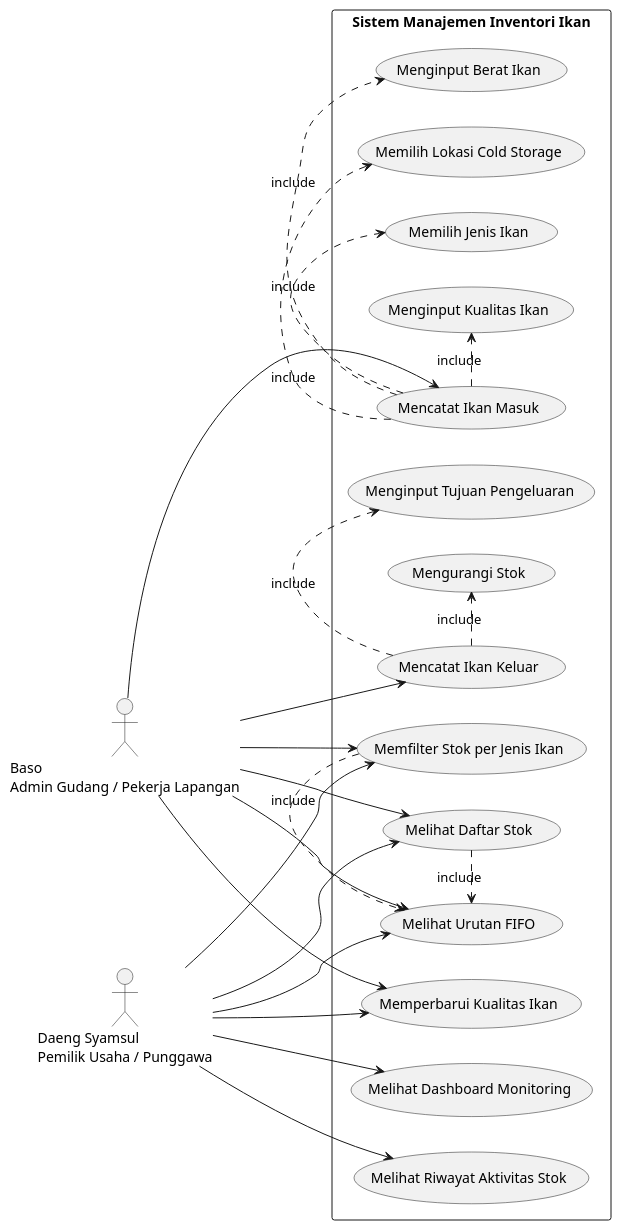
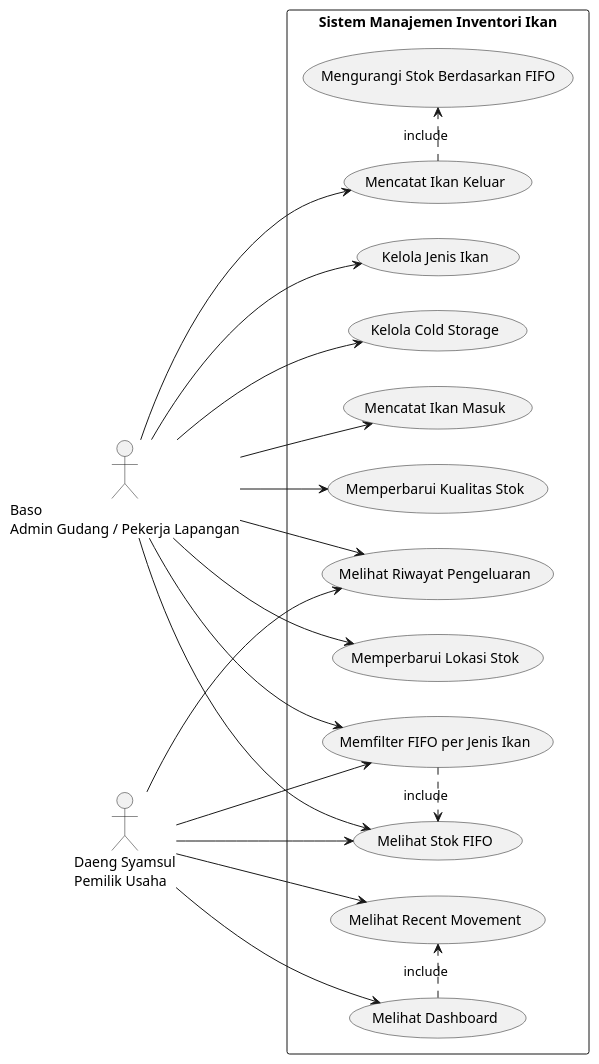
Before and after one commit to pisondev/ikant-setop-us: the third of 5 diagrams in docs/diagram/diagram.md, drawn with PlantUML. The commit also changed other lines of this file and 3 other files, not shown here.

````diff
--- a/docs/diagram/diagram.md
+++ b/docs/diagram/diagram.md
@@ -24,54 +59,44 @@
 ```plantuml
 @startuml
 left to right direction
 
 actor "Baso\nAdmin Gudang / Pekerja Lapangan" as Baso
-actor "Daeng Syamsul\nPemilik Usaha / Punggawa" as Daeng
+actor "Daeng Syamsul\nPemilik Usaha" as Daeng
 
 rectangle "Sistem Manajemen Inventori Ikan" {
-  usecase "Mencatat Ikan Masuk" as UC1
-  usecase "Memilih Jenis Ikan" as UC2
-  usecase "Menginput Kualitas Ikan" as UC3
-  usecase "Menginput Berat Ikan" as UC4
-  usecase "Memilih Lokasi Cold Storage" as UC5
-
-  usecase "Melihat Daftar Stok" as UC6
-  usecase "Memfilter Stok per Jenis Ikan" as UC7
-  usecase "Melihat Urutan FIFO" as UC8
-
-  usecase "Mencatat Ikan Keluar" as UC9
-  usecase "Menginput Tujuan Pengeluaran" as UC10
-  usecase "Mengurangi Stok" as UC11
-
-  usecase "Melihat Dashboard Monitoring" as UC12
-  usecase "Melihat Riwayat Aktivitas Stok" as UC13
-  usecase "Memperbarui Kualitas Ikan" as UC14
+  usecase "Kelola Jenis Ikan" as UC1
+  usecase "Kelola Cold Storage" as UC2
+  usecase "Mencatat Ikan Masuk" as UC3
+  usecase "Melihat Stok FIFO" as UC4
+  usecase "Memfilter FIFO per Jenis Ikan" as UC5
+  usecase "Mencatat Ikan Keluar" as UC6
+  usecase "Mengurangi Stok Berdasarkan FIFO" as UC7
+  usecase "Melihat Dashboard" as UC8
+  usecase "Melihat Recent Movement" as UC9
+  usecase "Melihat Riwayat Pengeluaran" as UC10
+  usecase "Memperbarui Kualitas Stok" as UC11
+  usecase "Memperbarui Lokasi Stok" as UC12
 }
 
 Baso --> UC1
+Baso --> UC2
+Baso --> UC3
+Baso --> UC4
+Baso --> UC5
 Baso --> UC6
-Baso --> UC7
-Baso --> UC8
-Baso --> UC9
-Baso --> UC14
+Baso --> UC10
+Baso --> UC11
+Baso --> UC12
 
-Daeng --> UC6
-Daeng --> UC7
+Daeng --> UC4
+Daeng --> UC5
 Daeng --> UC8
-Daeng --> UC12
-Daeng --> UC13
-Daeng --> UC14
+Daeng --> UC9
+Daeng --> UC10
 
-UC1 .> UC2 : include
-UC1 .> UC3 : include
-UC1 .> UC4 : include
-UC1 .> UC5 : include
-
-UC9 .> UC10 : include
-UC9 .> UC11 : include
-
-UC6 .> UC8 : include
-UC7 .> UC8 : include
+UC6 .> UC7 : include
+UC5 .> UC4 : include
+UC8 .> UC9 : include
 
 @enduml
 ```
````
